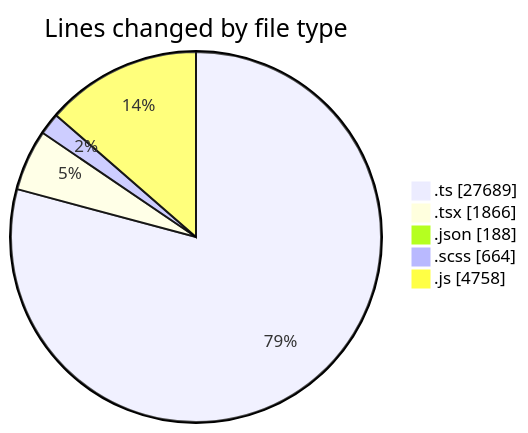
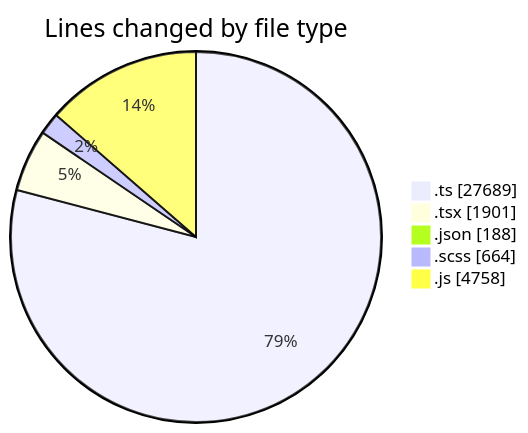
Before and after one commit to momahboobian/code-tracking: the first of 2 diagrams in 2026-05-07/cda/README.md, drawn with Mermaid. The commit also changed other lines of this file and 1 other file, not shown here.

````diff
--- a/2026-05-07/cda/README.md
+++ b/2026-05-07/cda/README.md
@@ -46,9 +46,9 @@
 ```mermaid
 pie showData
 title Lines changed by file type
 ".ts" : 27689
-".tsx" : 1866
+".tsx" : 1901
 ".json" : 188
 ".scss" : 664
 ".js" : 4758
 ```
````
